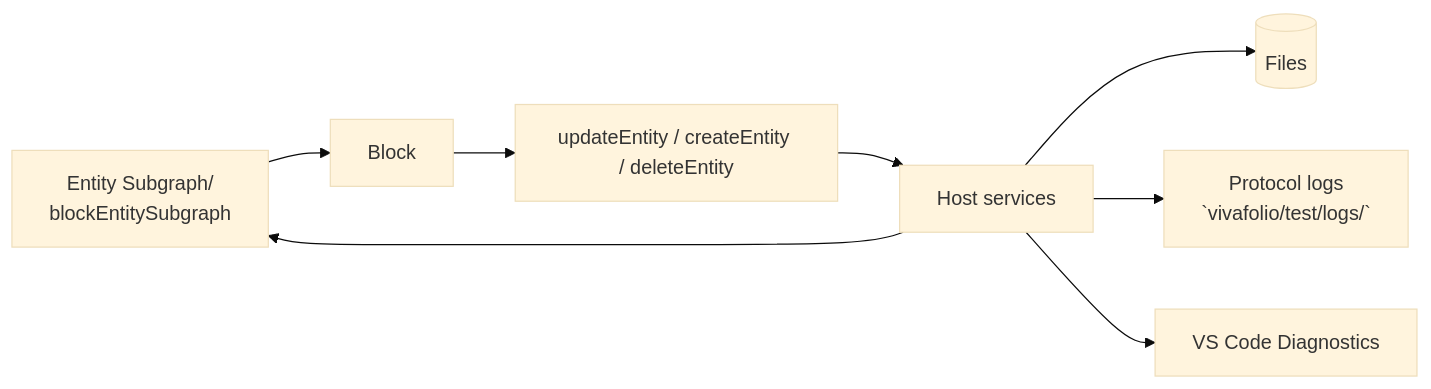
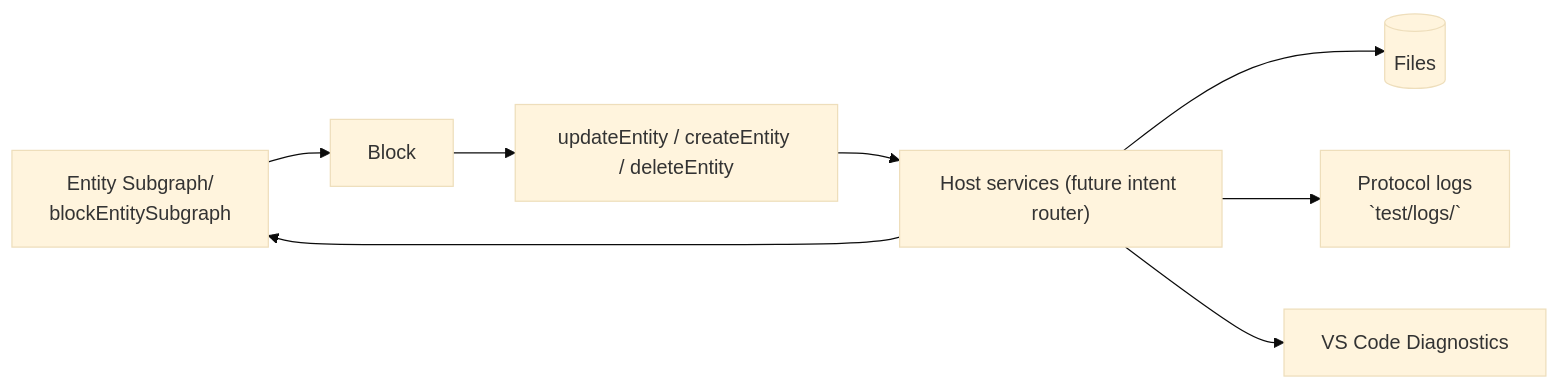
The eighth of 8 diagrams in docs/Vivafolio-Architecture.md (Vivafolio/vivafolio-vs-code), drawn with Mermaid (base theme) before and after one commit. The commit also changed other lines of this file, not shown here.

First line of the commit message:
chore: Update architecture doc

````diff
--- a/docs/Vivafolio-Architecture.md
+++ b/docs/Vivafolio-Architecture.md
@@ -201,13 +246,13 @@
 ```mermaid
 graph LR
     Subgraph[Entity Subgraph/<br>blockEntitySubgraph]
     Updates[updateEntity / createEntity / deleteEntity]
-    Log[Protocol logs <br> `vivafolio/test/logs/`]
+    Log[Protocol logs <br> `test/logs/`]
     Diagnostics[VS Code Diagnostics]
 
-    Block --> Updates --> HostService[Host services]
+    Block --> Updates --> HostService["Host services (future intent router)"]
     HostService --> Persistence[(Files)]
     HostService --> Subgraph --> Block
     HostService --> Log
     HostService --> Diagnostics
 ```
````
